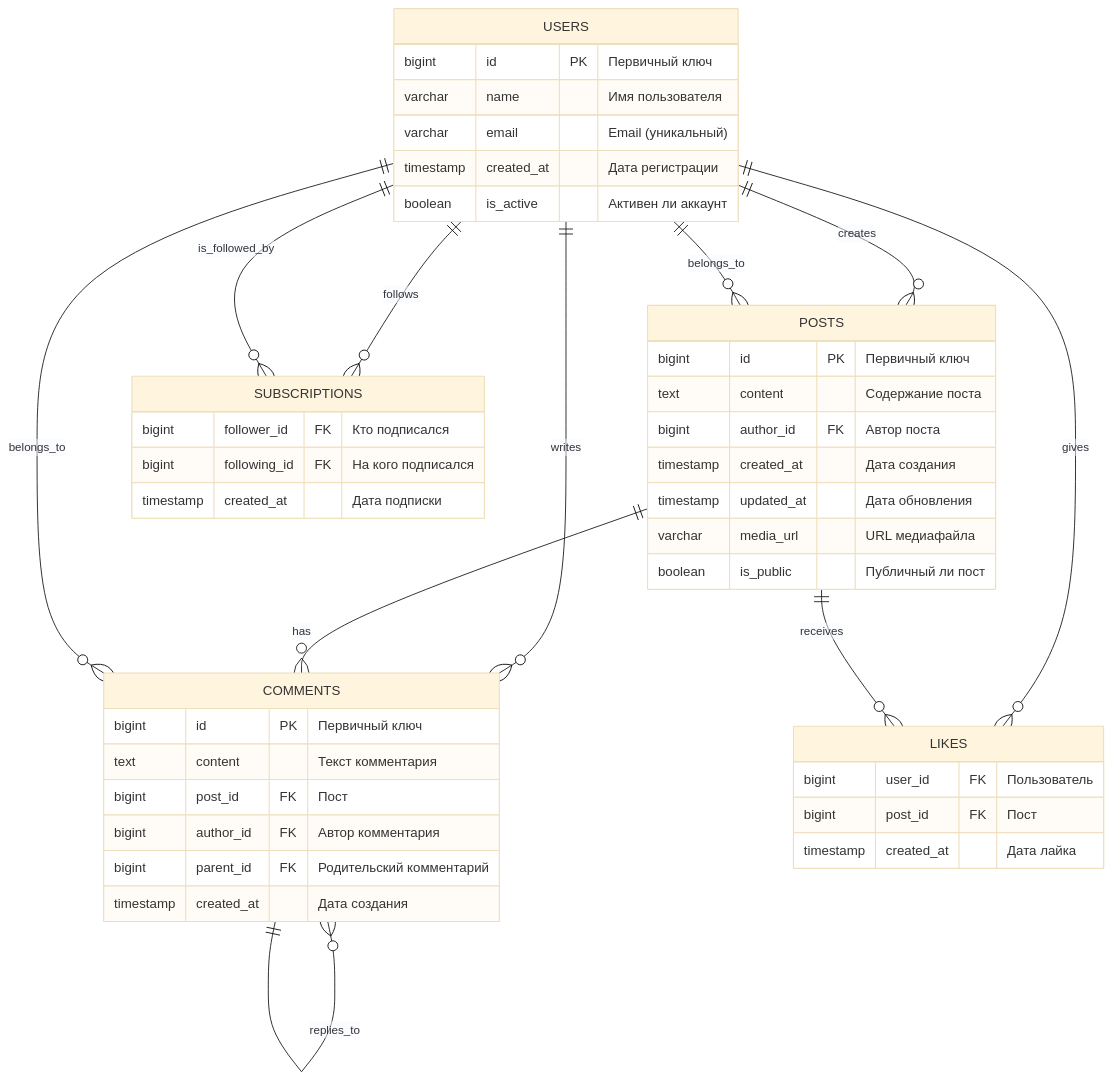
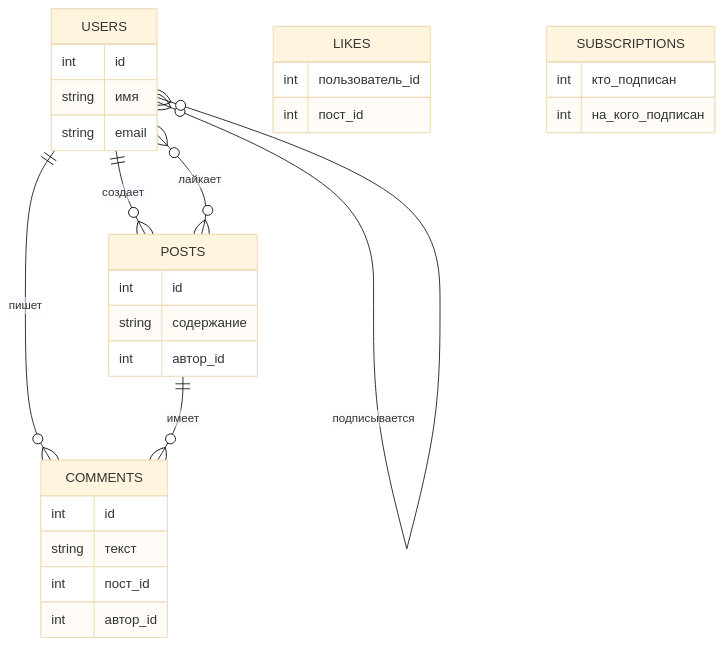
One commit to Evgeny65ok/mermaid-diagrams changed the seventh of 9 diagrams in README.md. Above: the diagram before and after it, drawn with Mermaid (base theme). The commit also changed other lines of this file, not shown here.

````diff
--- a/README.md
+++ b/README.md
@@ -257,55 +142,37 @@
 ```mermaid
 erDiagram
-    %% Сущности
     USERS {
-        bigint id PK "Первичный ключ"
-        varchar name "Имя пользователя"
-        varchar email "Email (уникальный)"
-        timestamp created_at "Дата регистрации"
-        boolean is_active "Активен ли аккаунт"
+        int id
+        string имя
+        string email
     }
     
     POSTS {
-        bigint id PK "Первичный ключ"
-        text content "Содержание поста"
-        bigint author_id FK "Автор поста"
-        timestamp created_at "Дата создания"
-        timestamp updated_at "Дата обновления"
-        varchar media_url "URL медиафайла"
-        boolean is_public "Публичный ли пост"
+        int id
+        string содержание
+        int автор_id
     }
     
     COMMENTS {
-        bigint id PK "Первичный ключ"
-        text content "Текст комментария"
-        bigint post_id FK "Пост"
-        bigint author_id FK "Автор комментария"
-        bigint parent_id FK "Родительский комментарий"
-        timestamp created_at "Дата создания"
+        int id
+        string текст
+        int пост_id
+        int автор_id
     }
     
     LIKES {
-        bigint user_id FK "Пользователь"
-        bigint post_id FK "Пост"
-        timestamp created_at "Дата лайка"
+        int пользователь_id
+        int пост_id
     }
     
     SUBSCRIPTIONS {
-        bigint follower_id FK "Кто подписался"
-        bigint following_id FK "На кого подписался"
-        timestamp created_at "Дата подписки"
+        int кто_подписан
+        int на_кого_подписан
     }
     
-    %% Отношения
-    USERS ||--o{ POSTS : creates
-    USERS ||--o{ COMMENTS : writes
-    USERS ||--o{ LIKES : gives
-    USERS ||--o{ SUBSCRIPTIONS : follows
-    USERS ||--o{ SUBSCRIPTIONS : is_followed_by
-    
-    POSTS ||--o{ COMMENTS : has
-    POSTS ||--o{ LIKES : receives
-    COMMENTS }o--|| COMMENTS : replies_to
-    POSTS }o--|| USERS : belongs_to
-    COMMENTS }o--|| USERS : belongs_to
+    USERS ||--o{ POSTS : создает
+    USERS ||--o{ COMMENTS : пишет
+    POSTS ||--o{ COMMENTS : имеет
+    USERS }o--o{ POSTS : лайкает
+    USERS }o--o{ USERS : подписывается
 ```
````
